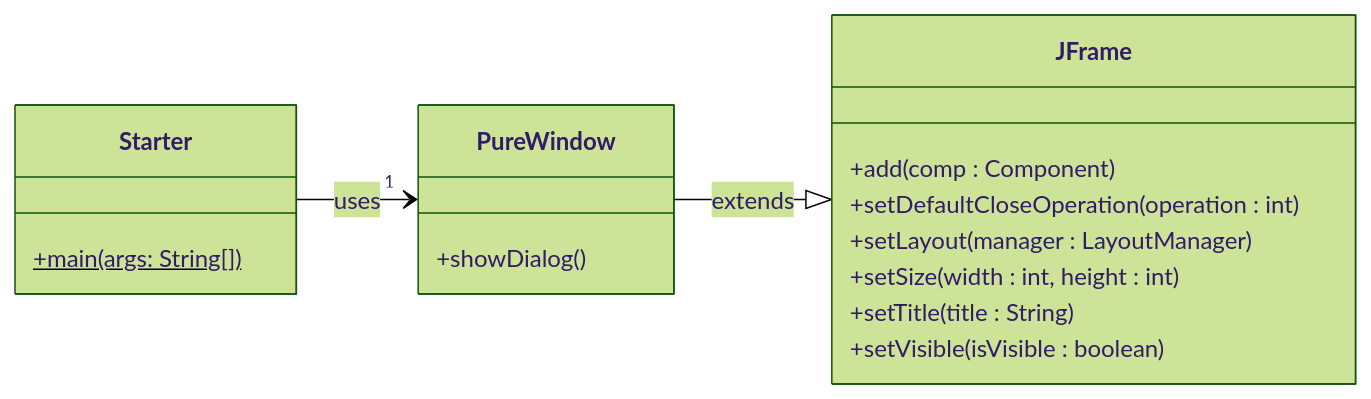
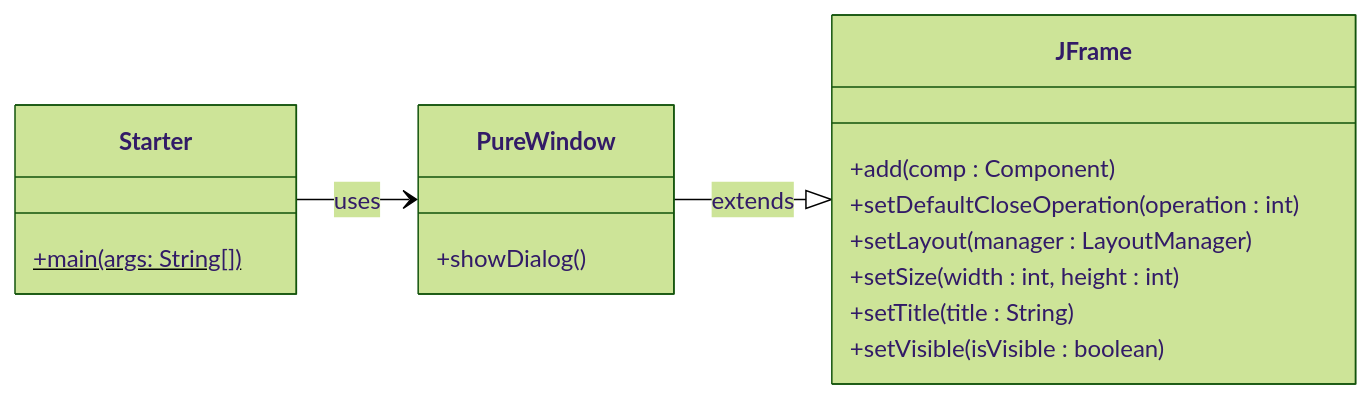
One commit to codingluke/bbzbl-modul-404 changed the first of 2 diagrams in docs/aufgaben-swing/fenster.md. Above: the diagram before and after it, drawn with Mermaid (forest theme). The commit also changed other lines of this file and 3 other files, not shown here.

Commit message:
Mehr UML

````diff
--- a/docs/aufgaben-swing/fenster.md
+++ b/docs/aufgaben-swing/fenster.md
@@ -11,21 +9,21 @@
 ```mermaid
 classDiagram
   direction LR
-  class JFrame {
+  class JFrame:::javaBuiltIn {
    +add(comp : Component)
    +setDefaultCloseOperation(operation : int)
    +setLayout(manager : LayoutManager)
    +setSize(width : int, height : int)
    +setTitle(title : String)
    +setVisible(isVisible : boolean)
   }
   class Starter {
     +main(args: String[])$
   }
   class PureWindow {
     +showDialog()
   }
 
-  Starter --> "1" PureWindow : uses
+  Starter --> PureWindow : uses
   PureWindow --|> JFrame : extends
 ```
````
